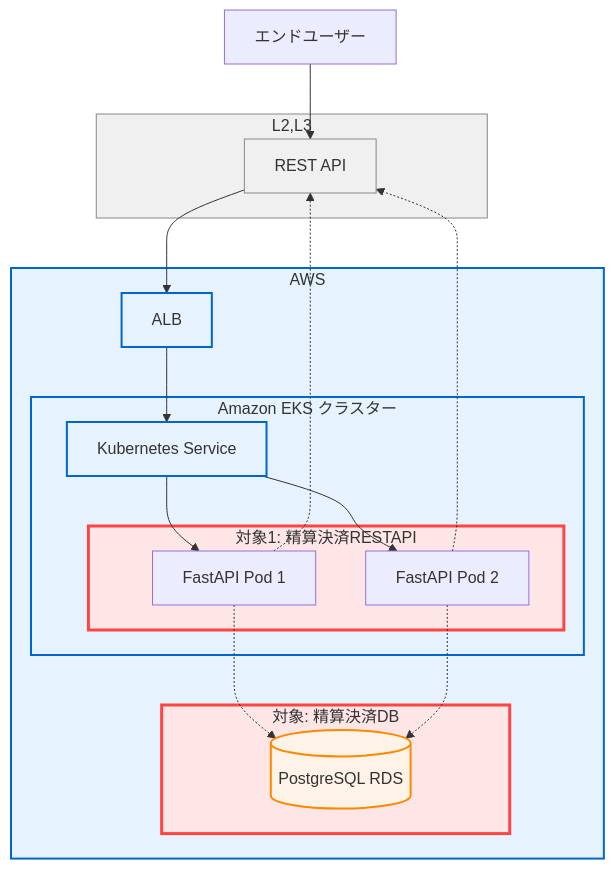
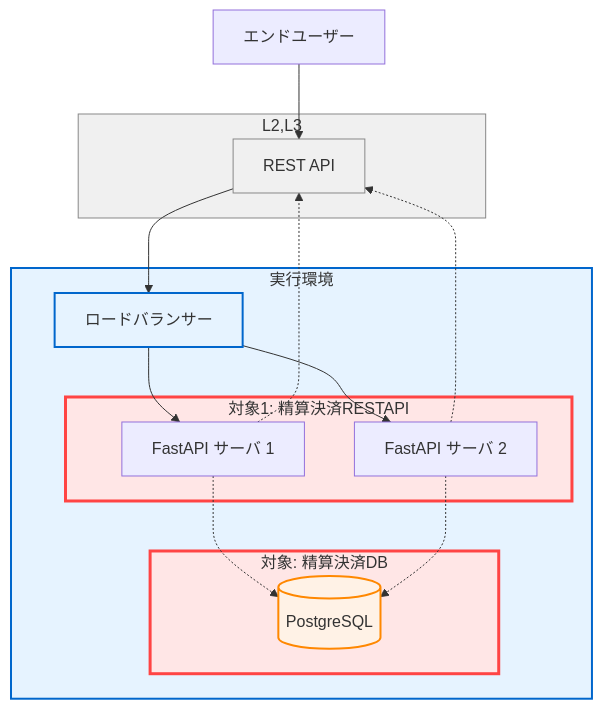
The first of 7 diagrams in docs/basic_design.md (open-dataspaces/DCS-Payment), drawn with Mermaid before and after one commit. The commit also changed other lines of this file and 2 other files, not shown here.

Commit message:
minor post-release fixes (#1)

````diff
--- a/docs/basic_design.md
+++ b/docs/basic_design.md
@@ -32,42 +32,38 @@
 ```mermaid 
 graph TB
     Users[エンドユーザー] --> EXT_API
     
-    subgraph AWS["AWS"]
-        ALB --> EKS_SVC[Kubernetes Service]
+    subgraph INFRA["実行環境"]
+        LB[ロードバランサー] --> API1[FastAPI サーバ 1]
+        LB --> API2[FastAPI サーバ 2]
         
-        subgraph EKS["Amazon EKS クラスター"]
-            EKS_SVC --> API1[FastAPI Pod 1]
-            EKS_SVC --> API2[FastAPI Pod 2]
-            
-            subgraph DEV1["対象1: 精算決済RESTAPI"]
-                API1
-                API2
-            end
+        subgraph DEV1["対象1: 精算決済RESTAPI"]
+            API1
+            API2
         end
-      subgraph DEV2["対象: 精算決済DB"]
-          RDS[(PostgreSQL RDS)]
-      end
+        subgraph DEV2["対象: 精算決済DB"]
+            DB[(PostgreSQL)]
+        end
     end
 
-    API1 -.-> RDS
-    API2 -.-> RDS
+    API1 -.-> DB
+    API2 -.-> DB
     
     subgraph EXTERNAL["L2,L3"]
         EXT_API[REST API]
     end
     
     API1 -.-> EXT_API
     API2 -.-> EXT_API
-    EXT_API --> ALB
+    EXT_API --> LB
     
     classDef devTarget fill:#ffe6e6,stroke:#ff4444,stroke-width:3px
-    classDef awsService fill:#e6f3ff,stroke:#0066cc,stroke-width:2px
+    classDef infraService fill:#e6f3ff,stroke:#0066cc,stroke-width:2px
     classDef database fill:#fff2e6,stroke:#ff8800,stroke-width:2px
     classDef external fill:#f0f0f0,stroke:#888888,stroke-width:1px
     
     class DEV1,DEV2 devTarget
-    class AWS,EKS,ALB,EKS_SVC awsService
-    class RDS database
+    class INFRA,LB infraService
+    class DB database
     class EXTERNAL,EXT_API external
 ```
````
